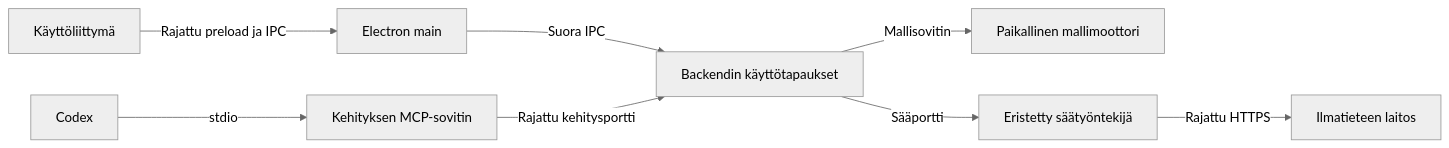
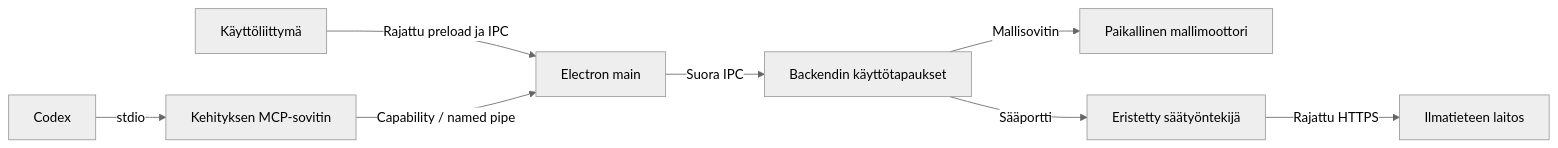
One commit to Antsa46/tahtiapuri changed the diagram in docs/architecture/base-architecture.md. Above: the diagram before and after it, drawn with Mermaid (neutral theme). The commit also changed other lines of this file and 51 other files, not shown here.

```diff
--- a/docs/architecture/base-architecture.md
+++ b/docs/architecture/base-architecture.md
@@ -189,10 +191,10 @@
 ~~~mermaid
 flowchart LR
   UI["Käyttöliittymä"] -->|"Rajattu preload ja IPC"| MAIN["Electron main"]
   MAIN -->|"Suora IPC"| B["Backendin käyttötapaukset"]
   C["Codex"] -->|"stdio"| MCP["Kehityksen MCP-sovitin"]
-  MCP -->|"Rajattu kehitysportti"| B
+  MCP -->|"Capability / named pipe"| MAIN
   B -->|"Mallisovitin"| M["Paikallinen mallimoottori"]
   B -->|"Sääportti"| W["Eristetty säätyöntekijä"]
   W -->|"Rajattu HTTPS"| F["Ilmatieteen laitos"]
 ~~~
```
